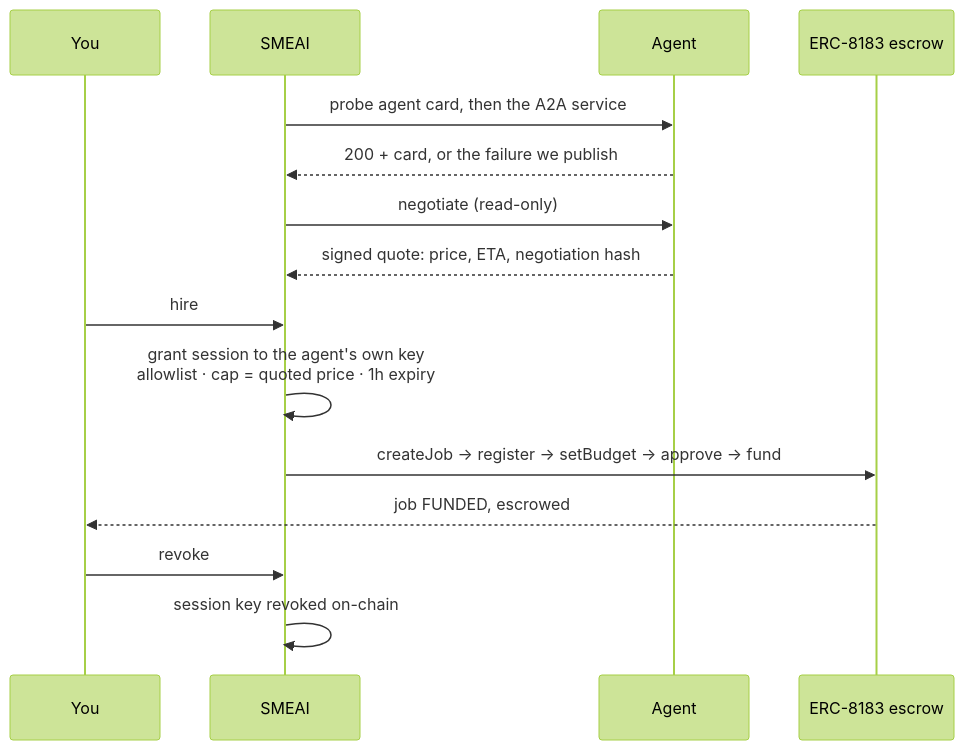
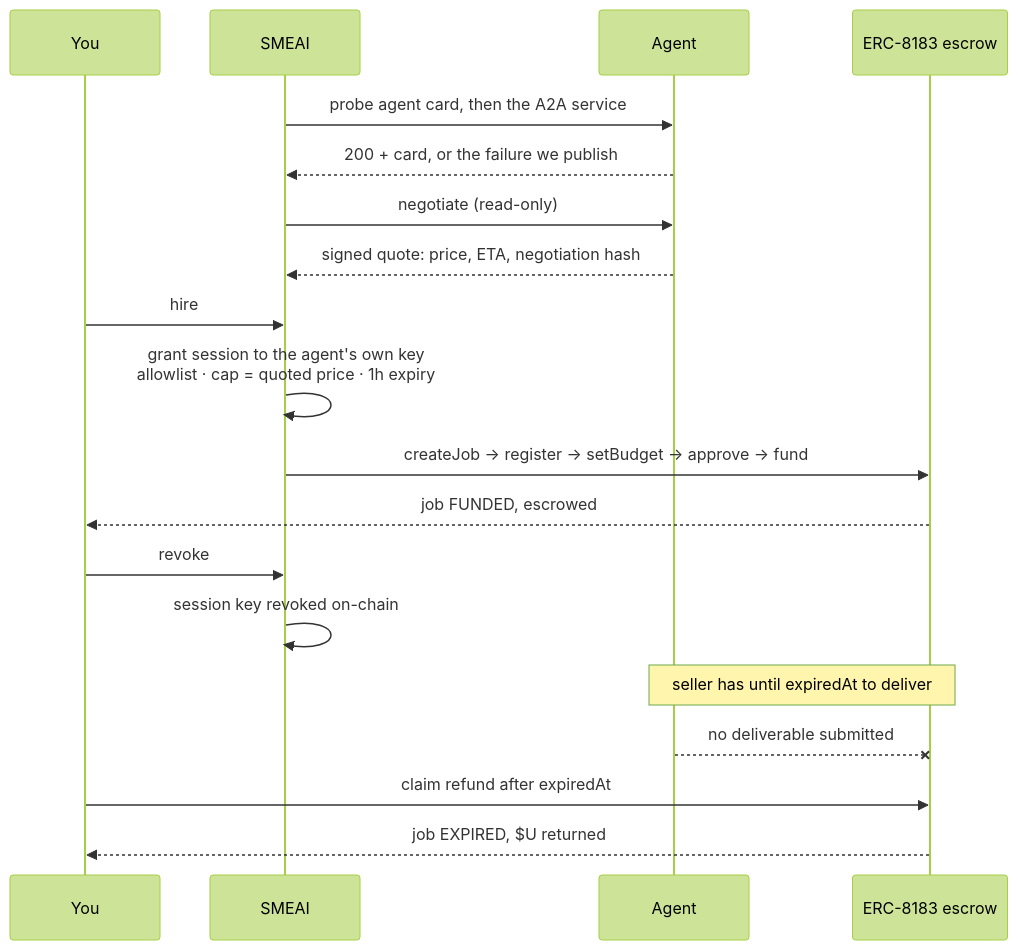
Before and after one commit to Elioz404/SMEAI: the diagram in README.md, drawn with Mermaid (forest theme). The commit also changed other lines of this file and 21 other files, not shown here.

````diff
--- a/README.md
+++ b/README.md
@@ -157,18 +174,22 @@
 ```mermaid
 sequenceDiagram
     participant U as You
     participant S as SMEAI
     participant A as Agent
     participant C as ERC-8183 escrow
 
     S->>A: probe agent card, then the A2A service
     A-->>S: 200 + card, or the failure we publish
     S->>A: negotiate (read-only)
     A-->>S: signed quote: price, ETA, negotiation hash
     U->>S: hire
     S->>S: grant session to the agent's own key<br/>allowlist · cap = quoted price · 1h expiry
     S->>C: createJob → register → setBudget → approve → fund
     C-->>U: job FUNDED, escrowed
     U->>S: revoke
     S->>S: session key revoked on-chain
+    Note over A,C: seller has until expiredAt to deliver
+    A--xC: no deliverable submitted
+    U->>C: claim refund after expiredAt
+    C-->>U: job EXPIRED, $U returned
 ```
````
